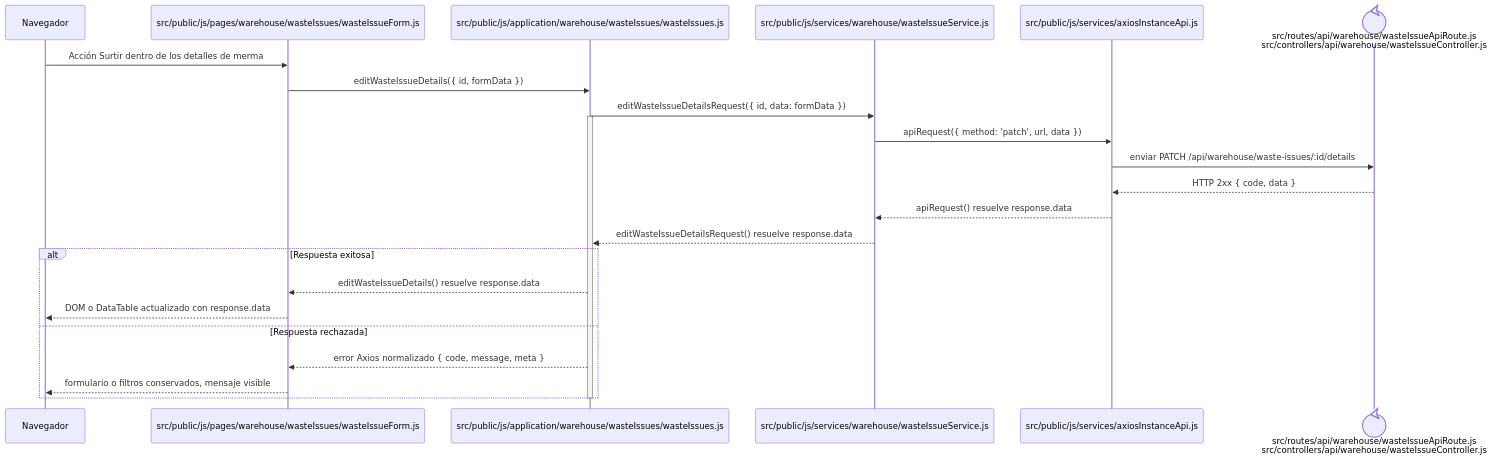
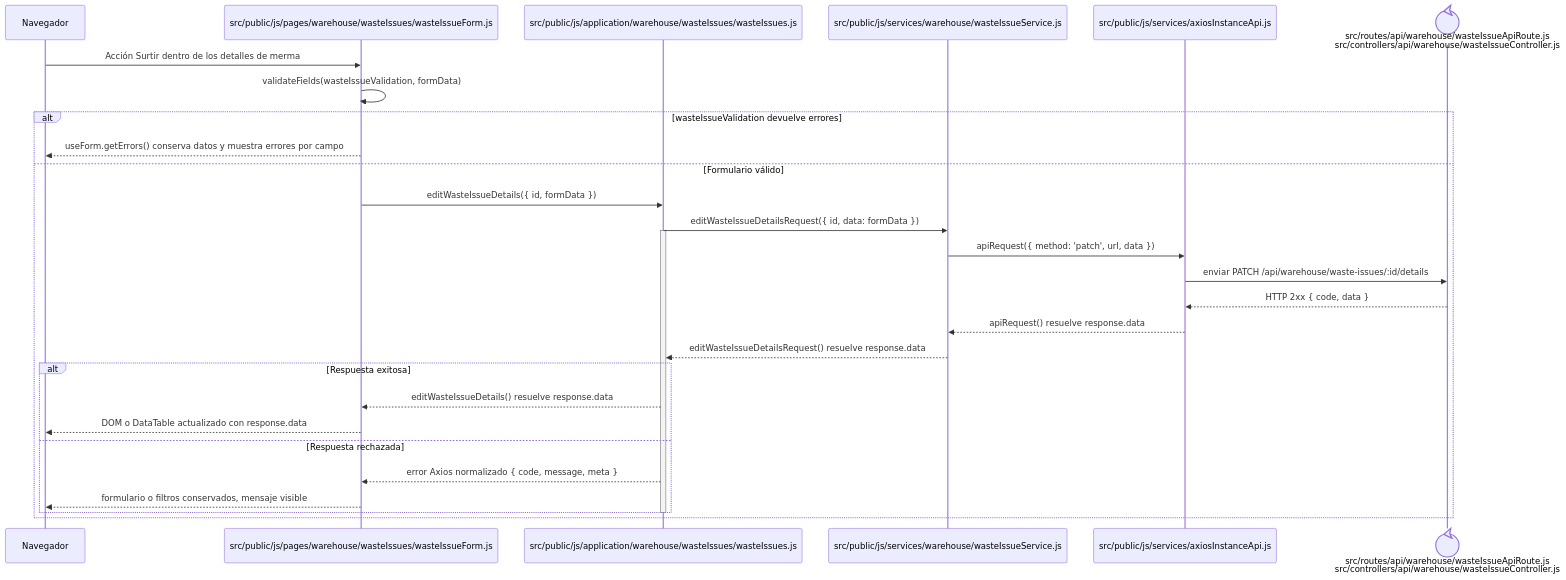
Before and after one commit to gpgsistemas01/nexus: the diagram in docs/architecture/frontend-code-sequences/issues/cu-sal-12.md, drawn with Mermaid. The commit also changed 102 other files, not shown here.

````diff
--- a/docs/architecture/frontend-code-sequences/issues/cu-sal-12.md
+++ b/docs/architecture/frontend-code-sequences/issues/cu-sal-12.md
@@ -6,27 +6,32 @@
 ```mermaid
 sequenceDiagram
     participant Browser as Navegador
     participant View as src/public/js/pages/warehouse/wasteIssues/wasteIssueForm.js
     participant Application as src/public/js/application/warehouse/wasteIssues/wasteIssues.js
     participant Request as src/public/js/services/warehouse/wasteIssueService.js
     participant HTTP as src/public/js/services/axiosInstanceApi.js
     participant Transport@{ "type": "control" } as src/routes/api/warehouse/wasteIssueApiRoute.js<br/>src/controllers/api/warehouse/wasteIssueController.js
 
     Browser->>View: Acción Surtir dentro de los detalles de merma
-    View->>Application: editWasteIssueDetails({ id, formData })
-    Application->>Request: editWasteIssueDetailsRequest({ id, data: formData })
-    activate Application
-    Request->>HTTP: apiRequest({ method: 'patch', url, data })
-    HTTP->>Transport: enviar PATCH /api/warehouse/waste-issues/:id/details
-    Transport-->>HTTP: HTTP 2xx { code, data }
-    HTTP-->>Request: apiRequest() resuelve response.data
-    Request-->>Application: editWasteIssueDetailsRequest() resuelve response.data
-    alt Respuesta exitosa
-        Application-->>View: editWasteIssueDetails() resuelve response.data
-        View-->>Browser: DOM o DataTable actualizado con response.data
-    else Respuesta rechazada
-        Application-->>View: error Axios normalizado { code, message, meta }
-        View-->>Browser: formulario o filtros conservados, mensaje visible
+    View->>View: validateFields(wasteIssueValidation, formData)
+    alt wasteIssueValidation devuelve errores
+        View-->>Browser: useForm.getErrors() conserva datos y muestra errores por campo
+    else Formulario válido
+        View->>Application: editWasteIssueDetails({ id, formData })
+        Application->>Request: editWasteIssueDetailsRequest({ id, data: formData })
+        activate Application
+        Request->>HTTP: apiRequest({ method: 'patch', url, data })
+        HTTP->>Transport: enviar PATCH /api/warehouse/waste-issues/:id/details
+        Transport-->>HTTP: HTTP 2xx { code, data }
+        HTTP-->>Request: apiRequest() resuelve response.data
+        Request-->>Application: editWasteIssueDetailsRequest() resuelve response.data
+        alt Respuesta exitosa
+            Application-->>View: editWasteIssueDetails() resuelve response.data
+            View-->>Browser: DOM o DataTable actualizado con response.data
+        else Respuesta rechazada
+            Application-->>View: error Axios normalizado { code, message, meta }
+            View-->>Browser: formulario o filtros conservados, mensaje visible
+        end
+        deactivate Application
     end
-    deactivate Application
 ```
````
